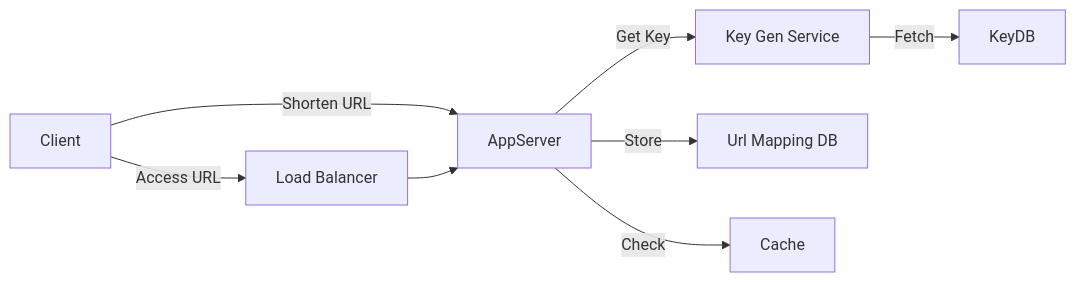
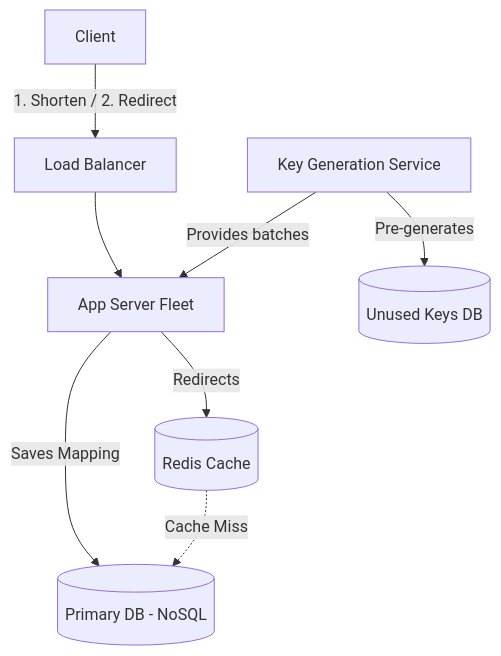
Before and after one commit to Ankur-glitchtracer/docs: the diagram in system_design_hld/architectures/utilities/URL_SHORTENER.md, drawn with Mermaid. The commit also changed other lines of this file and 277 other files, not shown here.

````diff
--- a/system_design_hld/architectures/utilities/URL_SHORTENER.md
+++ b/system_design_hld/architectures/utilities/URL_SHORTENER.md
@@ -26,10 +66,13 @@
 ```mermaid
-graph LR
-    Client -->|Shorten URL| AppServer
-    Client -->|Access URL| LB[Load Balancer]
-    LB --> AppServer
-    AppServer -->|Get Key| KGS[Key Gen Service]
-    KGS -->|Fetch| KeyDB
-    AppServer -->|Store| DB[Url Mapping DB]
-    AppServer -->|Check| Cache
+graph TD
+    Client -->|1. Shorten / 2. Redirect| LB[Load Balancer]
+    
+    LB --> AppServers[App Server Fleet]
+    
+    AppServers -->|Redirects| Cache[(Redis Cache)]
+    AppServers -->|Saves Mapping| DB[(Primary DB - NoSQL)]
+    Cache -.->|Cache Miss| DB
+    
+    KGS[Key Generation Service] -->|Pre-generates| KeyDB[(Unused Keys DB)]
+    KGS -->|Provides batches| AppServers
 ```
````
